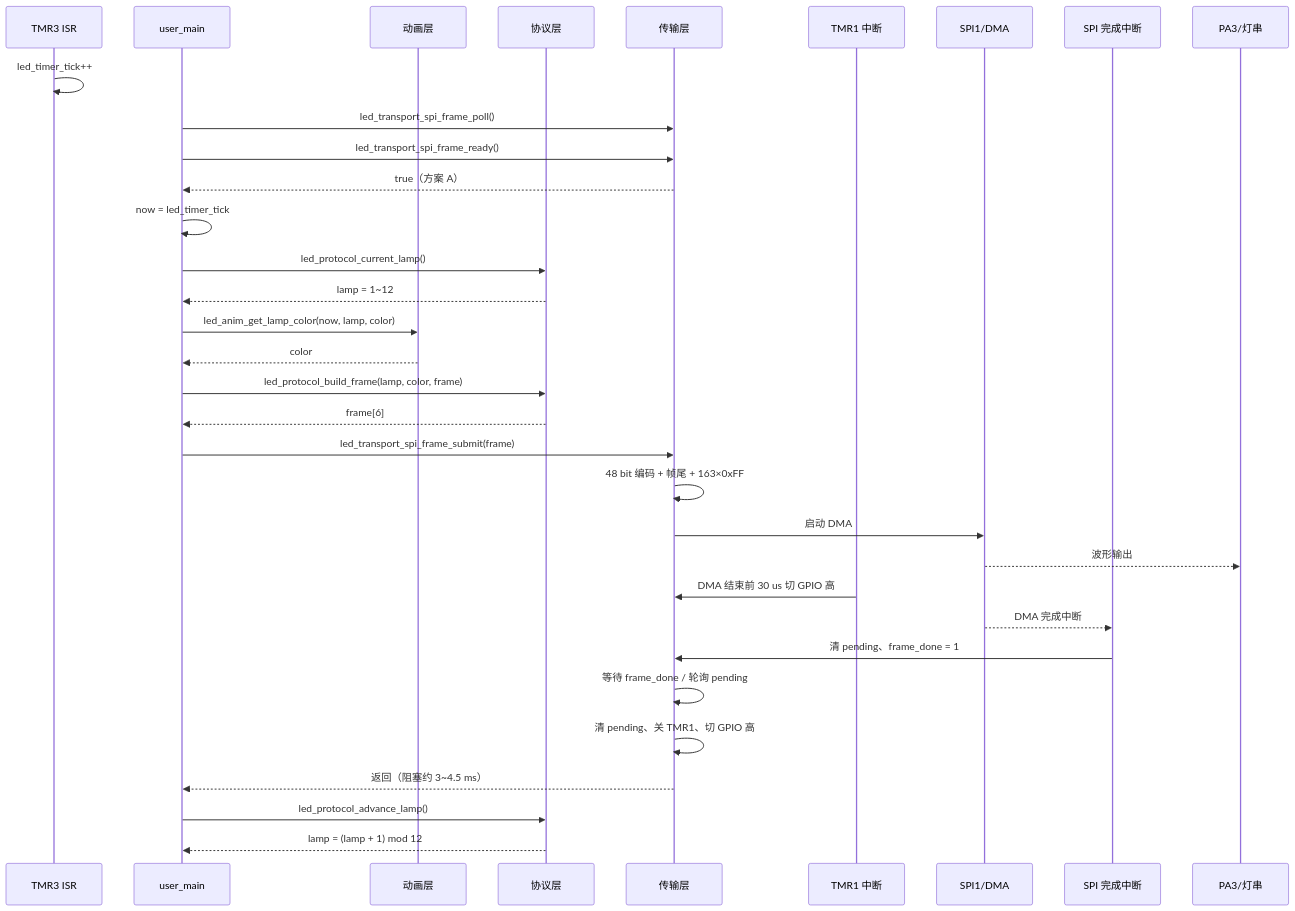
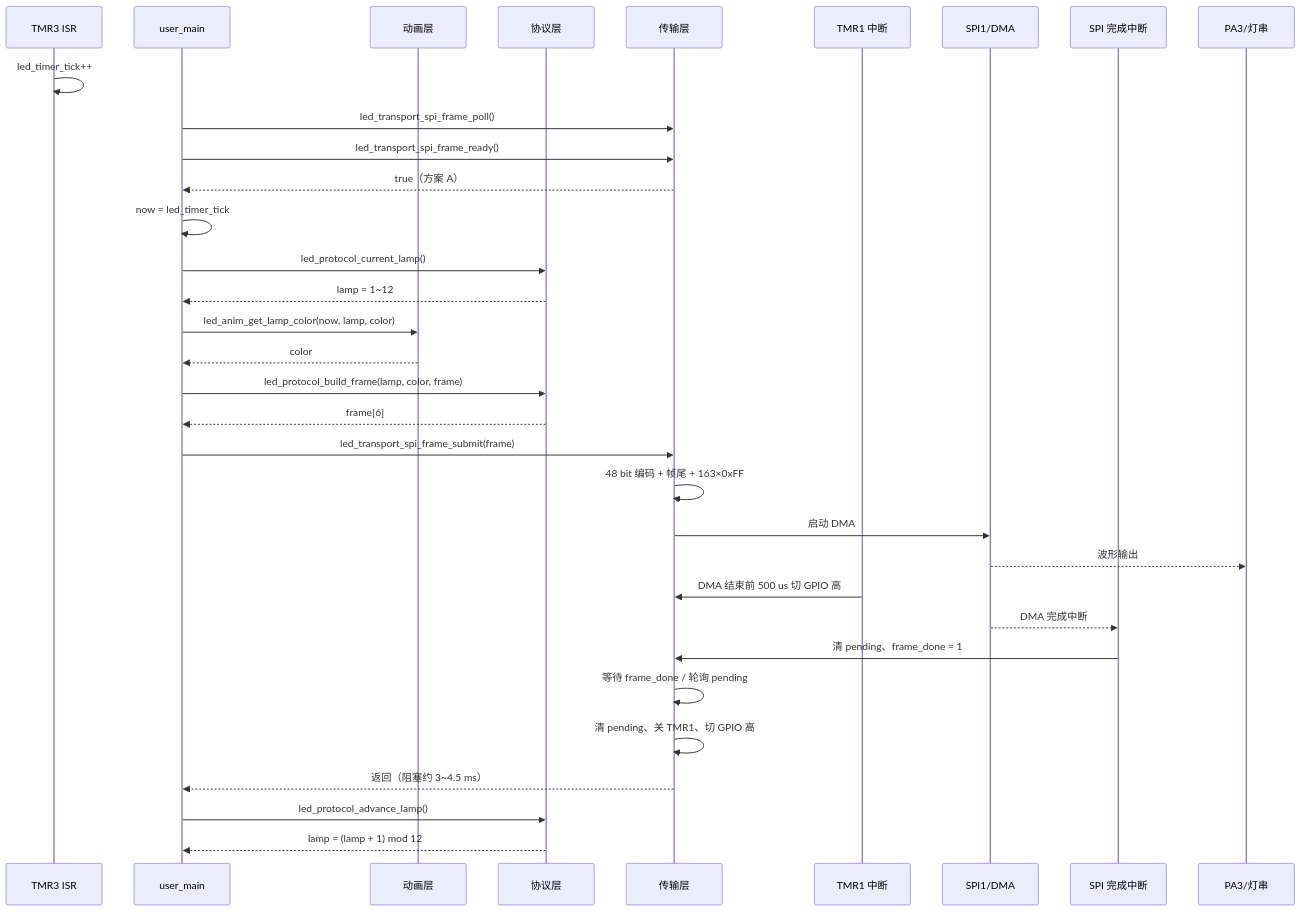
The fourth of 6 diagrams in docs/LED三层架构与调用逻辑.md (voidobserve/project-2026-10-22-AB2027A3-SOP16), drawn with Mermaid before and after one commit. The commit also changed other lines of this file and 3 other files, not shown here.

````diff
--- a/docs/LED三层架构与调用逻辑.md
+++ b/docs/LED三层架构与调用逻辑.md
@@ -171,42 +171,42 @@
 ```mermaid
 sequenceDiagram
     participant TMR3 as TMR3 ISR
     participant MAIN as user_main
     participant ANIM as 动画层
     participant PROTO as 协议层
     participant TRANS as 传输层
     participant TMR1 as TMR1 中断
     participant SPI as SPI1/DMA
     participant ISR as SPI 完成中断
     participant LED as PA3/灯串
 
     TMR3->>TMR3: led_timer_tick++
 
     MAIN->>TRANS: led_transport_spi_frame_poll()
     MAIN->>TRANS: led_transport_spi_frame_ready()
     TRANS-->>MAIN: true（方案 A）
 
     MAIN->>MAIN: now = led_timer_tick
     MAIN->>PROTO: led_protocol_current_lamp()
     PROTO-->>MAIN: lamp = 1~12
 
     MAIN->>ANIM: led_anim_get_lamp_color(now, lamp, color)
     ANIM-->>MAIN: color
 
     MAIN->>PROTO: led_protocol_build_frame(lamp, color, frame)
     PROTO-->>MAIN: frame[6]
 
     MAIN->>TRANS: led_transport_spi_frame_submit(frame)
     TRANS->>TRANS: 48 bit 编码 + 帧尾 + 163×0xFF
     TRANS->>SPI: 启动 DMA
     SPI-->>LED: 波形输出
-    TMR1->>TRANS: DMA 结束前 30 us 切 GPIO 高
+    TMR1->>TRANS: DMA 结束前 500 us 切 GPIO 高
     SPI-->>ISR: DMA 完成中断
     ISR->>TRANS: 清 pending、frame_done = 1
     TRANS->>TRANS: 等待 frame_done / 轮询 pending
     TRANS->>TRANS: 清 pending、关 TMR1、切 GPIO 高
     TRANS-->>MAIN: 返回（阻塞约 3~4.5 ms）
 
     MAIN->>PROTO: led_protocol_advance_lamp()
     PROTO-->>MAIN: lamp = (lamp + 1) mod 12
 ```
````
